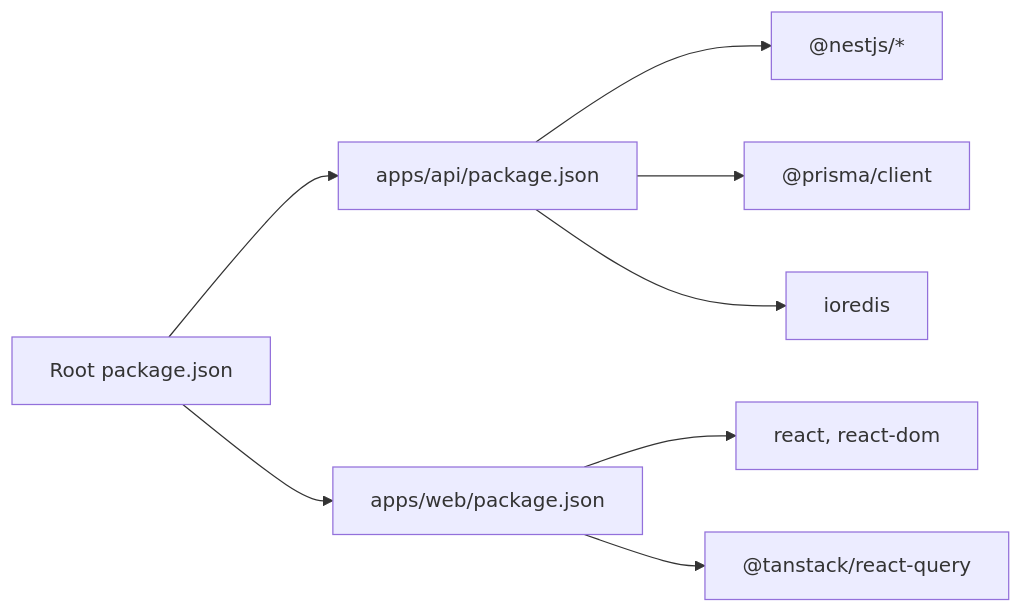
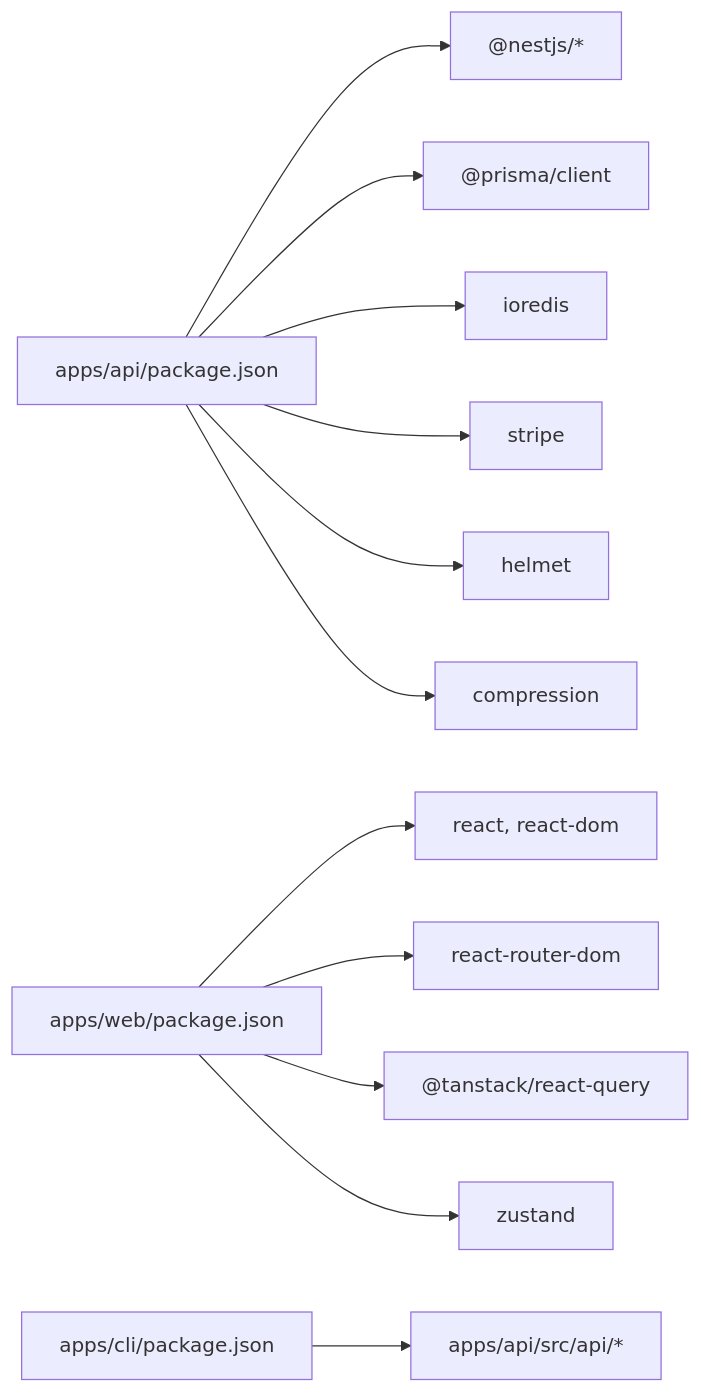
One commit to BAS-More/Quiz2Biz changed the fifth of 6 diagrams in .qoder/repowiki/en/content/Getting Started.md. Above: the diagram before and after it, drawn with Mermaid. The commit also changed other lines of this file and 263 other files, not shown here.

````diff
--- a/.qoder/repowiki/en/content/Getting Started.md
+++ b/.qoder/repowiki/en/content/Getting Started.md
@@ -252,10 +320,14 @@
 ```mermaid
 graph LR
-Root["Root package.json"] --> API["apps/api/package.json"]
-Root --> WEB["apps/web/package.json"]
-API --> Nest["@nestjs/*"]
-API --> Prisma["@prisma/client"]
-API --> Redis["ioredis"]
-WEB --> React["react, react-dom"]
-WEB --> Query["@tanstack/react-query"]
+API_PKG["apps/api/package.json"] --> NEST["@nestjs/*"]
+API_PKG --> PRISMA["@prisma/client"]
+API_PKG --> REDIS["ioredis"]
+API_PKG --> STRIPE["stripe"]
+API_PKG --> HELMET["helmet"]
+API_PKG --> COMPRESSION["compression"]
+WEB_PKG["apps/web/package.json"] --> REACT["react, react-dom"]
+WEB_PKG --> ROUTER["react-router-dom"]
+WEB_PKG --> QUERY["@tanstack/react-query"]
+WEB_PKG --> STORE["zustand"]
+CLI_PKG["apps/cli/package.json"] --> API_CLIENT["apps/api/src/api/*"]
 ```
````
